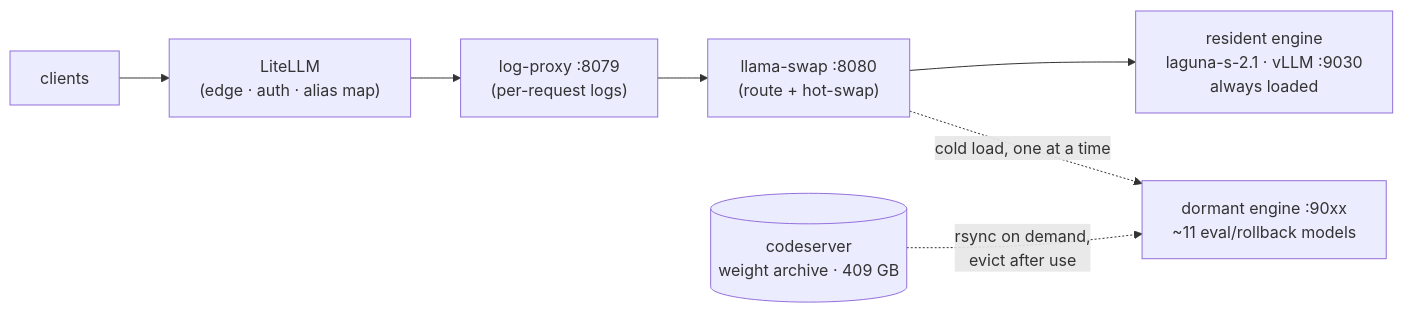
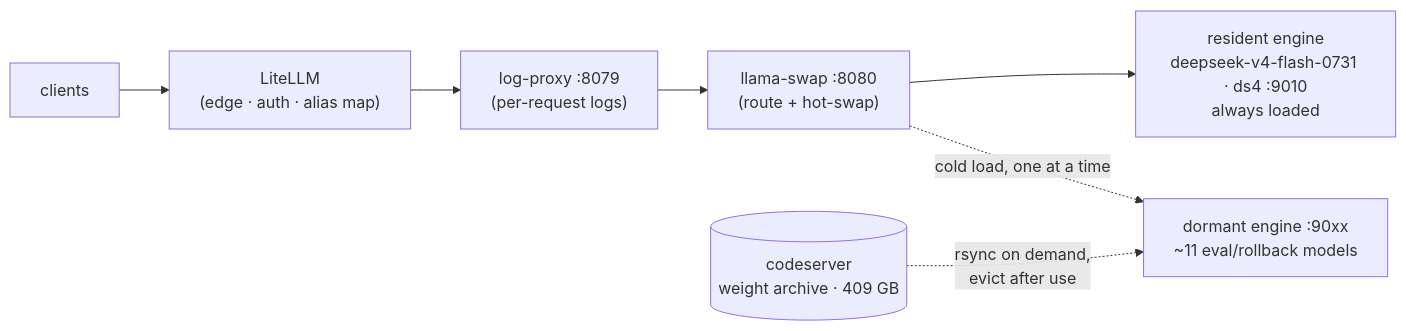
One commit to poetzlma/DGX changed the diagram in README.md. Above: the diagram before and after it, drawn with Mermaid. The commit also changed other lines of this file and 5 other files, not shown here.

````diff
--- a/README.md
+++ b/README.md
@@ -9,9 +9,9 @@
 ```mermaid
 flowchart LR
     C[clients] --> L["LiteLLM<br/>(edge · auth · alias map)"]
     L --> P["log-proxy :8079<br/>(per-request logs)"]
     P --> S["llama-swap :8080<br/>(route + hot-swap)"]
-    S --> R["resident engine<br/>laguna-s-2.1 · vLLM :9030<br/>always loaded"]
+    S --> R["resident engine<br/>deepseek-v4-flash-0731 · ds4 :9010<br/>always loaded"]
     S -. cold load, one at a time .-> D["dormant engine :90xx<br/>~11 eval/rollback models"]
     W[("codeserver<br/>weight archive · 409 GB")] -. "rsync on demand,<br/>evict after use" .-> D
 ```
````
